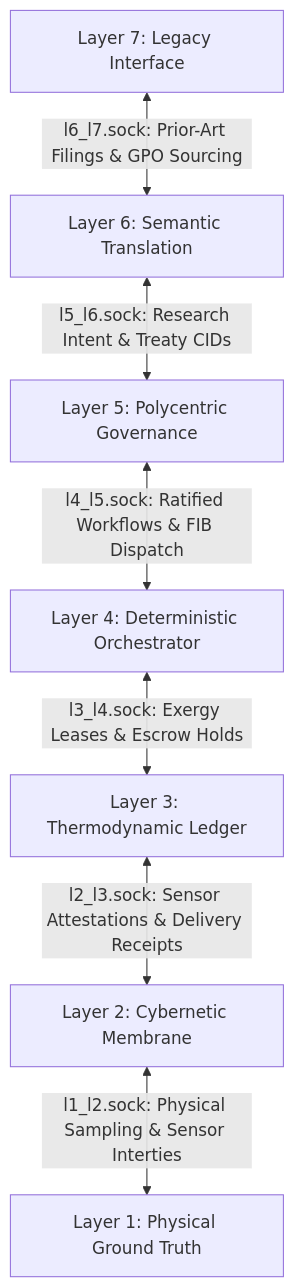
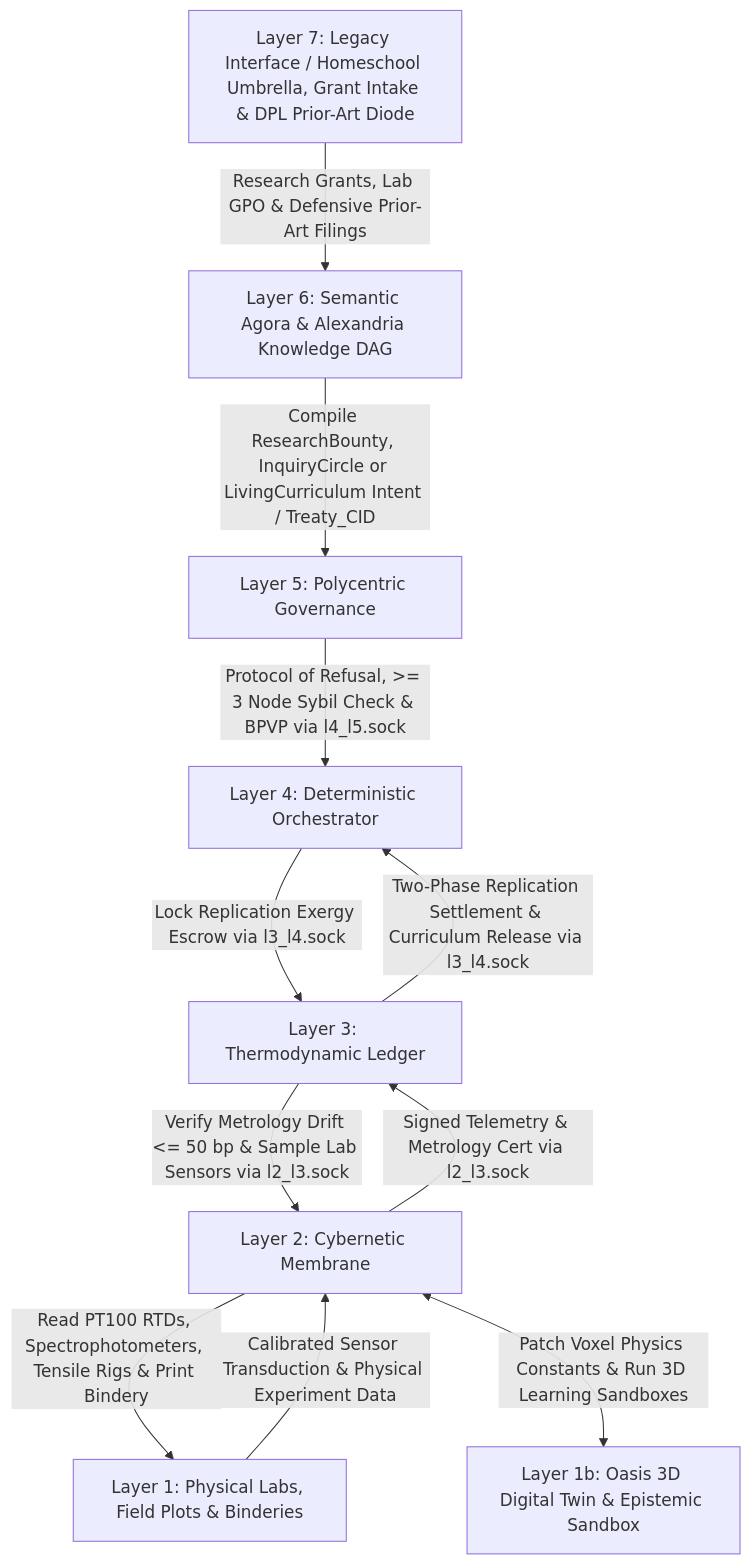
The first of 2 diagrams in docs/scenarios/iota_epistemic.md (raffaine/collective), drawn with Mermaid before and after one commit. The commit also changed other lines of this file and 10 other files, not shown here.

````diff
--- a/docs/scenarios/iota_epistemic.md
+++ b/docs/scenarios/iota_epistemic.md
@@ -39,9 +103,13 @@
 ```mermaid
 graph TD
-    L7[Layer 7: Legacy Interface] <-->|l6_l7.sock: Prior-Art Filings & GPO Sourcing| L6[Layer 6: Semantic Translation]
-    L6 <-->|l5_l6.sock: Research Intent & Treaty CIDs| L5[Layer 5: Polycentric Governance]
-    L5 <-->|l4_l5.sock: Ratified Workflows & FIB Dispatch| L4[Layer 4: Deterministic Orchestrator]
-    L4 <-->|l3_l4.sock: Exergy Leases & Escrow Holds| L3[Layer 3: Thermodynamic Ledger]
-    L3 <-->|l2_l3.sock: Sensor Attestations & Delivery Receipts| L2[Layer 2: Cybernetic Membrane]
-    L2 <-->|l1_l2.sock: Physical Sampling & Sensor Interties| L1[Layer 1: Physical Ground Truth]
+    L7[Layer 7: Legacy Interface / Homeschool Umbrella, Grant Intake & DPL Prior-Art Diode] -->|Research Grants, Lab GPO & Defensive Prior-Art Filings| L6[Layer 6: Semantic Agora & Alexandria Knowledge DAG]
+    L6 -->|Compile ResearchBounty, InquiryCircle or LivingCurriculum Intent / Treaty_CID| L5[Layer 5: Polycentric Governance]
+    L5 -->|Protocol of Refusal, >= 3 Node Sybil Check & BPVP via l4_l5.sock| L4[Layer 4: Deterministic Orchestrator]
+    L4 -->|Lock Replication Exergy Escrow via l3_l4.sock| L3[Layer 3: Thermodynamic Ledger]
+    L3 -->|Verify Metrology Drift <= 50 bp & Sample Lab Sensors via l2_l3.sock| L2[Layer 2: Cybernetic Membrane]
+    L2 -->|Read PT100 RTDs, Spectrophotometers, Tensile Rigs & Print Bindery| L1[Layer 1: Physical Labs, Field Plots & Binderies]
+    L2 <-->|Patch Voxel Physics Constants & Run 3D Learning Sandboxes| L1b[Layer 1b: Oasis 3D Digital Twin & Epistemic Sandbox]
+    L1 -->|Calibrated Sensor Transduction & Physical Experiment Data| L2
+    L2 -->|Signed Telemetry & Metrology Cert via l2_l3.sock| L3
+    L3 -->|Two-Phase Replication Settlement & Curriculum Release via l3_l4.sock| L4
 ```
````
